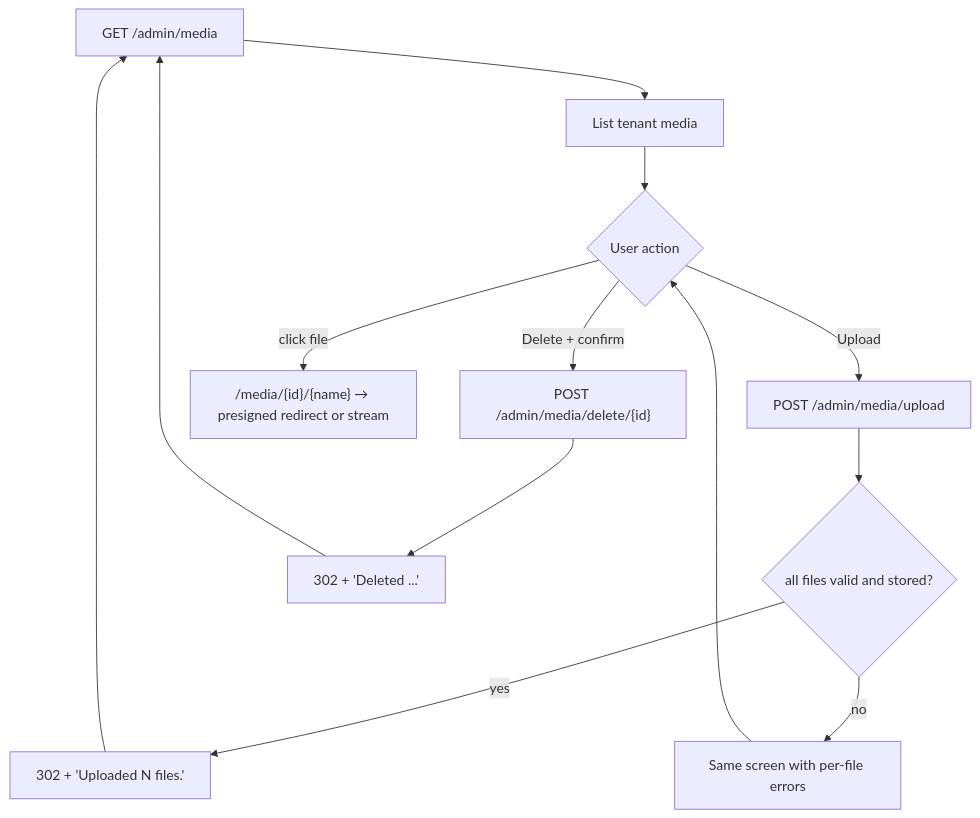
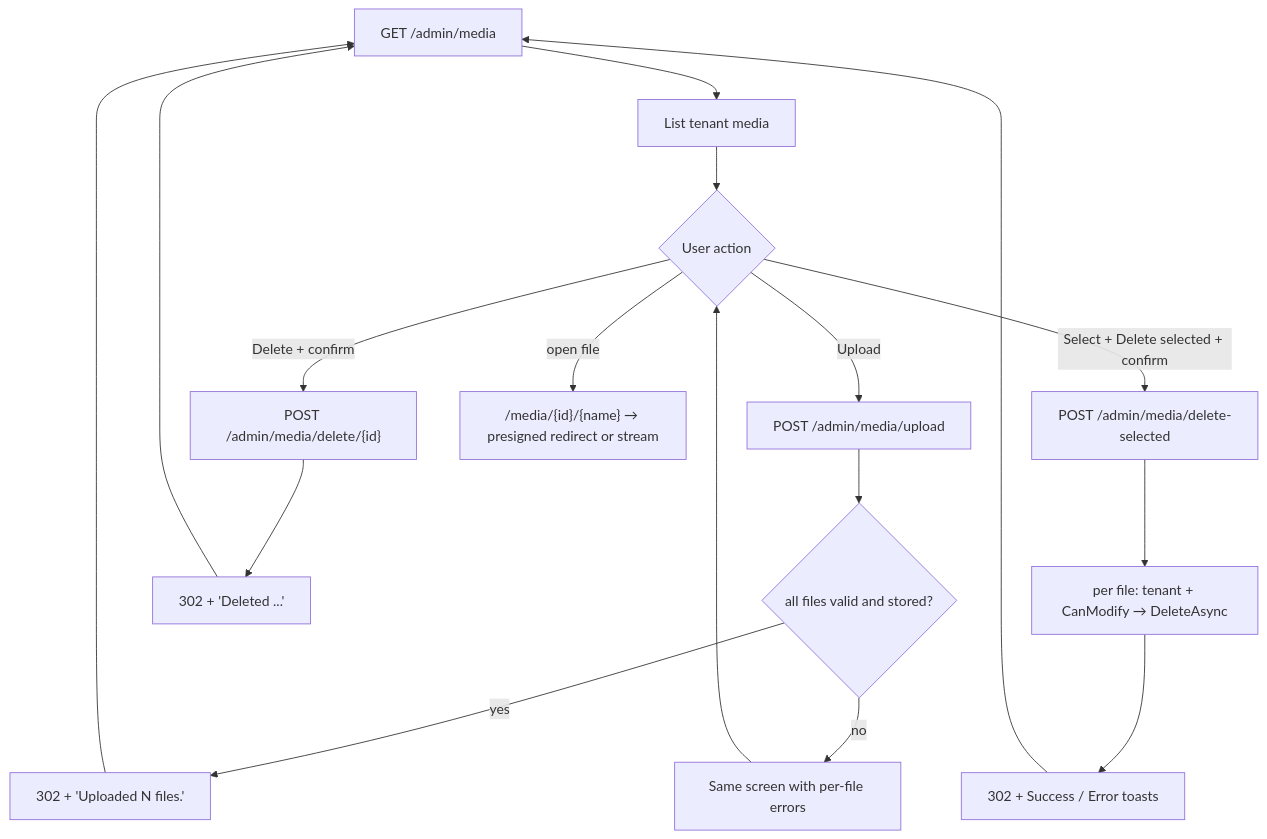
Before and after one commit to Albadit/DotNetForge: the second of 2 diagrams in .docs/pages/media.md, drawn with Mermaid. The commit also changed other lines of this file and 454 other files, not shown here.

````diff
--- a/.docs/pages/media.md
+++ b/.docs/pages/media.md
@@ -146,10 +235,11 @@
 ```mermaid
 flowchart TD
     A["GET /admin/media"] --> B[List tenant media]
     B --> C{User action}
     C -- Upload --> D["POST /admin/media/upload"] --> E{"all files valid and stored?"}
     E -- yes --> F["302 + 'Uploaded N files.'"] --> A
     E -- no --> G[Same screen with per-file errors] --> C
     C -- "Delete + confirm" --> H["POST /admin/media/delete/{id}"] --> I["302 + 'Deleted ...'"] --> A
-    C -- "click file" --> J["/media/{id}/{name} → presigned redirect or stream"]
+    C -- "Select + Delete selected + confirm" --> K["POST /admin/media/delete-selected"] --> L["per file: tenant + CanModify → DeleteAsync"] --> M["302 + Success / Error toasts"] --> A
+    C -- "open file" --> J["/media/{id}/{name} → presigned redirect or stream"]
 ```
````
